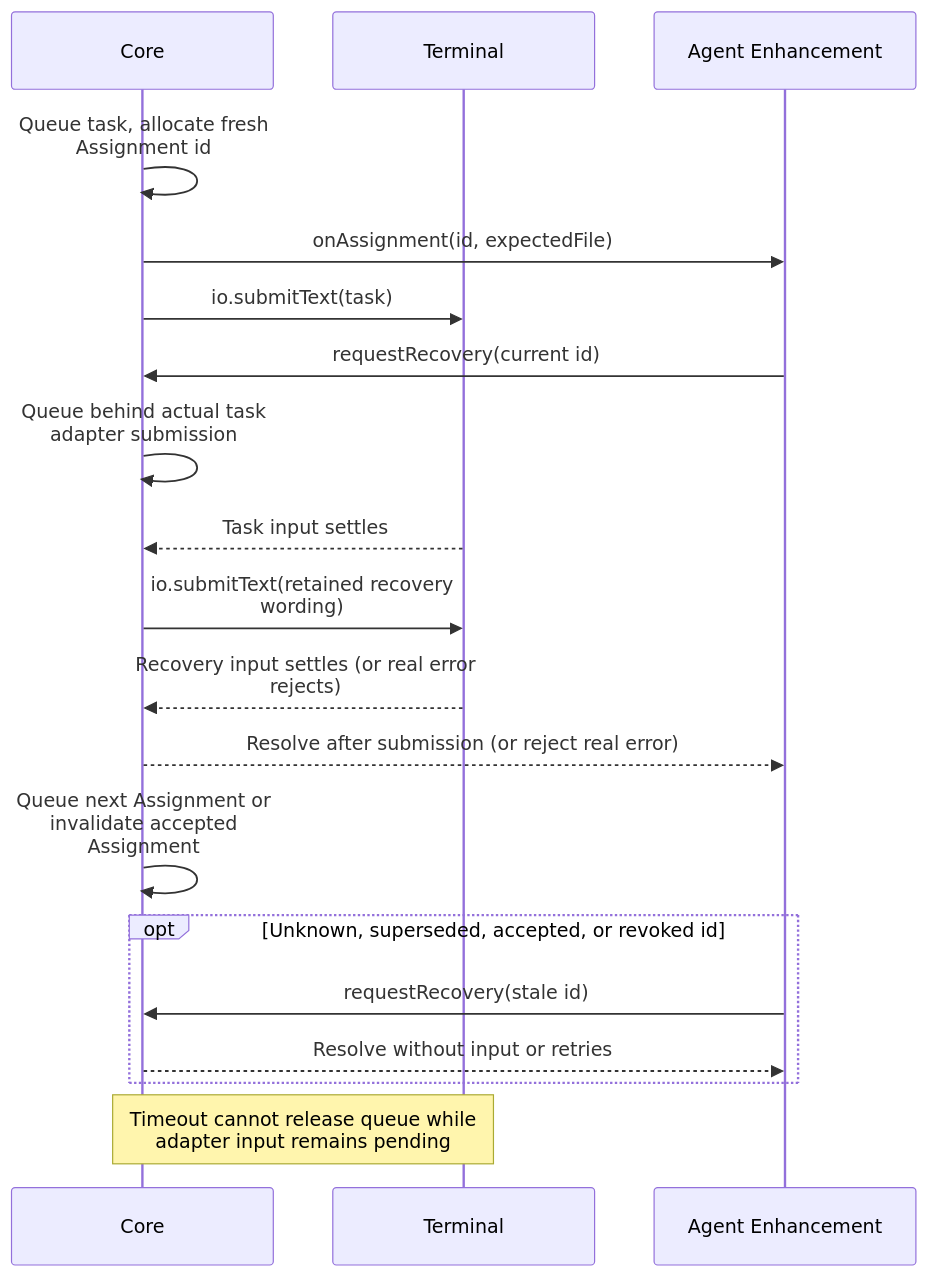
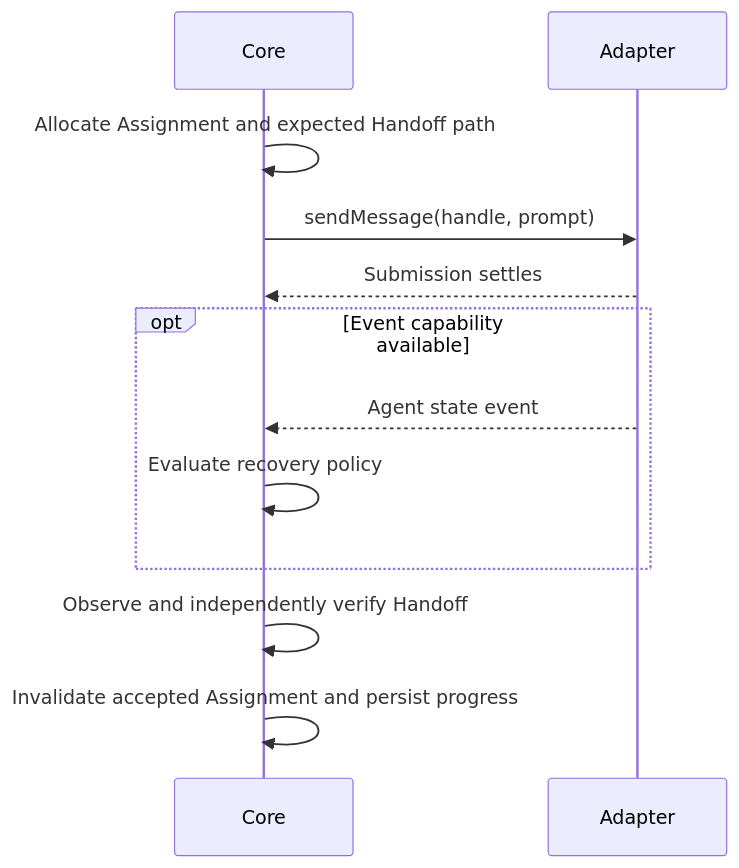
Before and after one commit to BuddyLabsCo/issue-runner-core: the fourth of 5 diagrams in docs/terminal-contract.md, drawn with Mermaid. The commit also changed other lines of this file and 2 other files, not shown here.

Commit message:
docs: establish unified adapter and control contract

````diff
--- a/docs/terminal-contract.md
+++ b/docs/terminal-contract.md
@@ -270,22 +275,14 @@
 ```mermaid
-%%{init: {"sequence": {"width": 220, "wrap": true}}}%%
 sequenceDiagram
     participant Core
-    participant Terminal
-    participant Enhancement as Agent Enhancement
-    Core->>Core: Queue task, allocate fresh Assignment id
-    Core->>Enhancement: onAssignment(id, expectedFile)
-    Core->>Terminal: io.submitText(task)
-    Enhancement->>Core: requestRecovery(current id)
-    Core->>Core: Queue behind actual task adapter submission
-    Terminal-->>Core: Task input settles
-    Core->>Terminal: io.submitText(retained recovery wording)
-    Terminal-->>Core: Recovery input settles (or real error rejects)
-    Core-->>Enhancement: Resolve after submission (or reject real error)
-    Core->>Core: Queue next Assignment or invalidate accepted Assignment
-    opt Unknown, superseded, accepted, or revoked id
-        Enhancement->>Core: requestRecovery(stale id)
-        Core-->>Enhancement: Resolve without input or retries
+    participant Adapter
+    Core->>Core: Allocate Assignment and expected Handoff path
+    Core->>Adapter: sendMessage(handle, prompt)
+    Adapter-->>Core: Submission settles
+    opt Event capability available
+        Adapter-->>Core: Agent state event
+        Core->>Core: Evaluate recovery policy
     end
-    Note over Core,Terminal: Timeout cannot release queue while adapter input remains pending
+    Core->>Core: Observe and independently verify Handoff
+    Core->>Core: Invalidate accepted Assignment and persist progress
 ```
````
